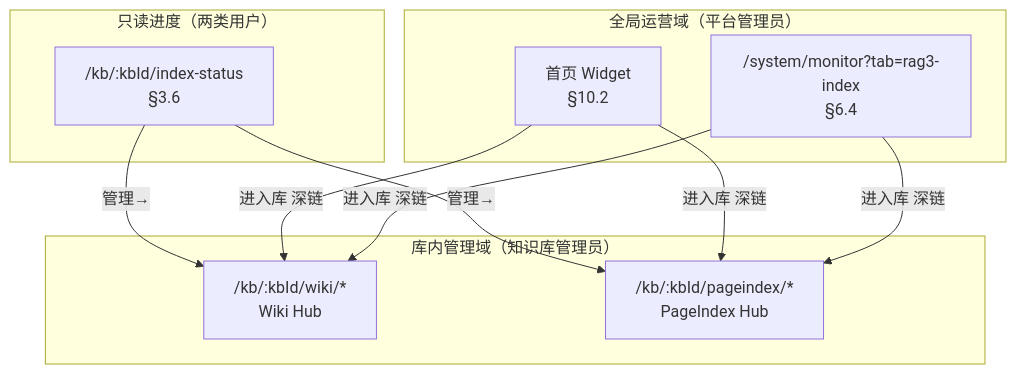
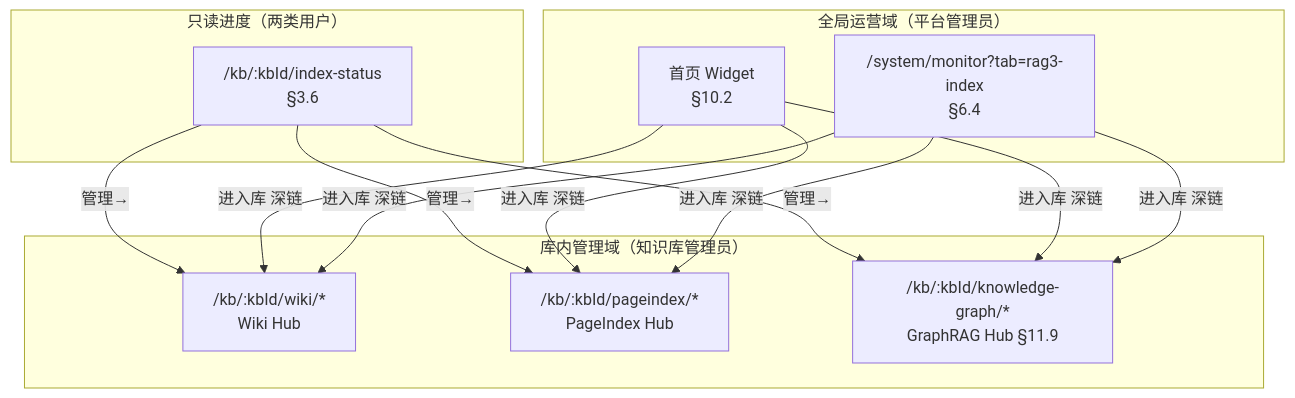
Before and after one commit to zeus-maker/NexusRAG: diagram 21 of 21 in docs/prd/前端界面实现方案.md, drawn with Mermaid. The commit also changed other lines of this file and 2 other files, not shown here.

Commit message:
1.6 收尾已完成，GraphRAG / LazyGraphRAG 的管理与可视化 ASCII 均已写入主文档，并对照表、README 同步至 v1.6。

````diff
--- a/docs/prd/前端界面实现方案.md
+++ b/docs/prd/前端界面实现方案.md
@@ -5455,16 +5840,17 @@
 ```mermaid
 flowchart TB
     subgraph 库内管理["库内管理域（知识库管理员）"]
         W1["/kb/:kbId/wiki/*<br/>Wiki Hub"]
         P1["/kb/:kbId/pageindex/*<br/>PageIndex Hub"]
+        G1["/kb/:kbId/knowledge-graph/*<br/>GraphRAG Hub §11.9"]
     end
     subgraph 全局运营["全局运营域（平台管理员）"]
         H1["首页 Widget<br/>§10.2"]
         M1["/system/monitor?tab=rag3-index<br/>§6.4"]
     end
     subgraph 只读仪表盘["只读进度（两类用户）"]
         I1["/kb/:kbId/index-status<br/>§3.6"]
     end
-    I1 -->|管理→| W1 & P1
-    H1 & M1 -->|进入库 深链| W1 & P1
+    I1 -->|管理→| W1 & P1 & G1
+    H1 & M1 -->|进入库 深链| W1 & P1 & G1
 ```
````
